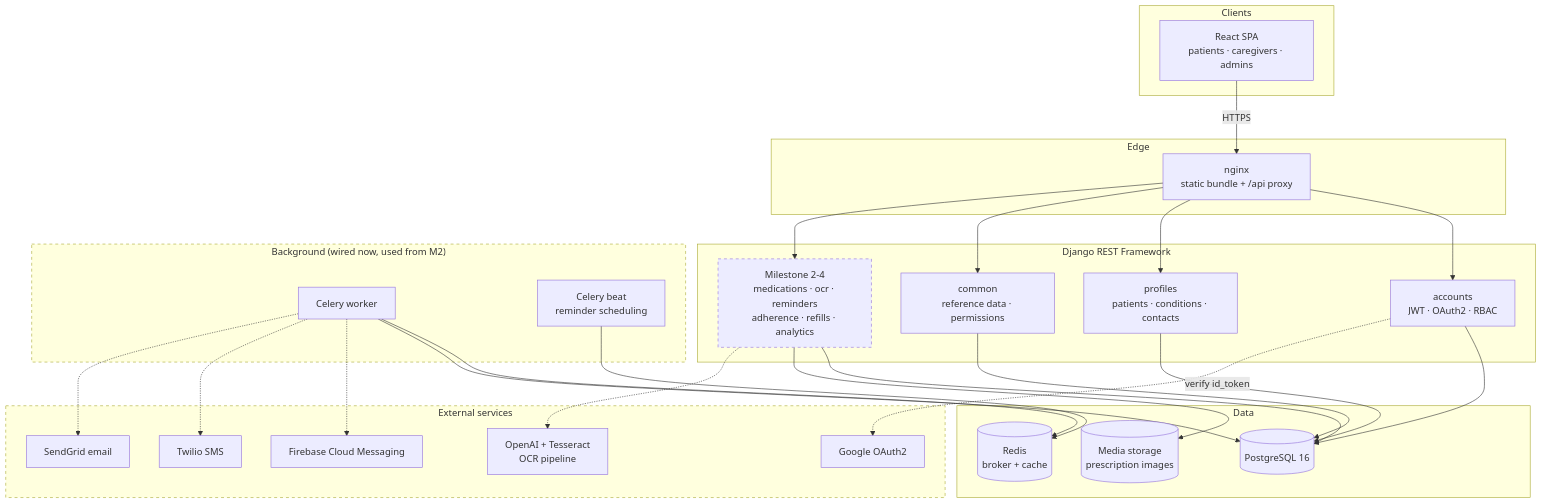
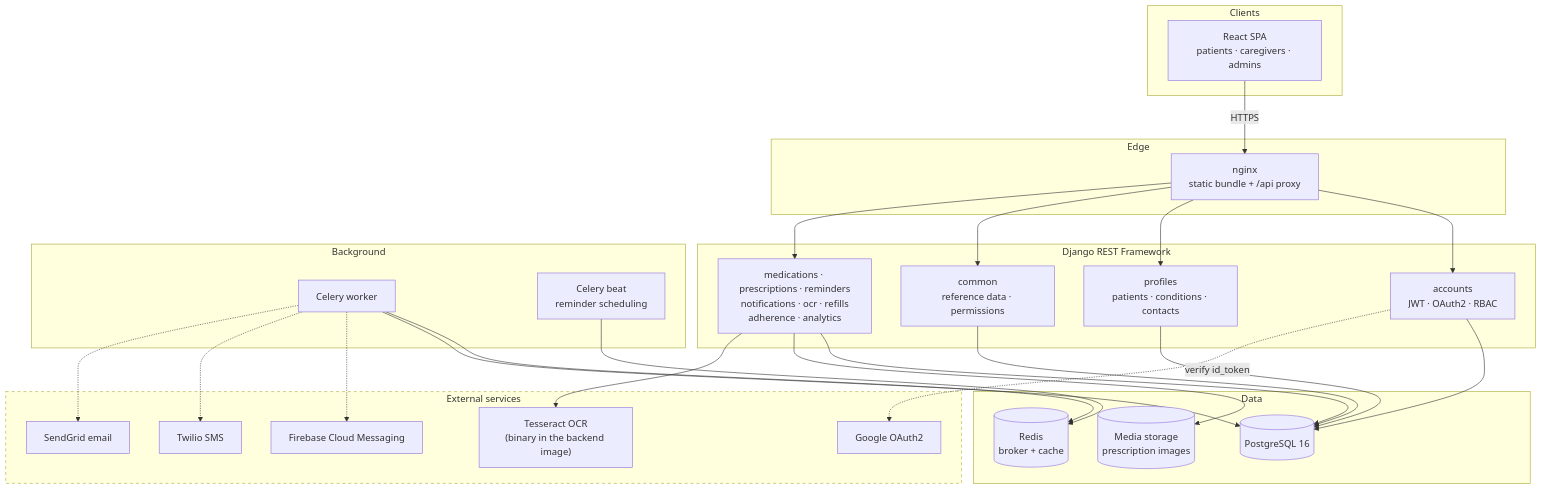
The first of 4 diagrams in docs/architecture/architecture.md (GKSJ-Deepvision/PillSync), drawn with Mermaid before and after one commit. The commit also changed other lines of this file and 168 other files, not shown here.

````diff
--- a/docs/architecture/architecture.md
+++ b/docs/architecture/architecture.md
@@ -7,61 +7,59 @@
 ```mermaid
 flowchart TB
     subgraph clients["Clients"]
         browser["React SPA<br/>patients · caregivers · admins"]
     end
 
     subgraph edge["Edge"]
         nginx["nginx<br/>static bundle + /api proxy"]
     end
 
     subgraph api["Django REST Framework"]
         auth["accounts<br/>JWT · OAuth2 · RBAC"]
         profiles["profiles<br/>patients · conditions · contacts"]
         common["common<br/>reference data · permissions"]
-        future["Milestone 2-4<br/>medications · ocr · reminders<br/>adherence · refills · analytics"]
+        future["medications · prescriptions · reminders<br/>notifications · ocr · refills<br/>adherence · analytics"]
     end
 
-    subgraph workers["Background (wired now, used from M2)"]
+    subgraph workers["Background"]
         celery["Celery worker"]
         beat["Celery beat<br/>reminder scheduling"]
     end
 
     subgraph data["Data"]
         pg[("PostgreSQL 16")]
         redis[("Redis<br/>broker + cache")]
         files[("Media storage<br/>prescription images")]
     end
 
     subgraph external["External services"]
         google["Google OAuth2"]
         fcm["Firebase Cloud Messaging"]
         twilio["Twilio SMS"]
         sendgrid["SendGrid email"]
-        openai["OpenAI + Tesseract<br/>OCR pipeline"]
+        tess["Tesseract OCR<br/>(binary in the backend image)"]
     end
 
     browser -->|HTTPS| nginx
     nginx --> auth
     nginx --> profiles
     nginx --> common
     nginx --> future
 
     auth --> pg
     profiles --> pg
     common --> pg
     future --> pg
     future --> files
 
     auth -.verify id_token.-> google
     celery --> redis
     beat --> redis
     celery --> pg
     celery -.-> fcm
     celery -.-> twilio
     celery -.-> sendgrid
-    future -.-> openai
+    future --> tess
 
-    style future stroke-dasharray: 5 5
-    style workers stroke-dasharray: 5 5
     style external stroke-dasharray: 5 5
 ```
````
